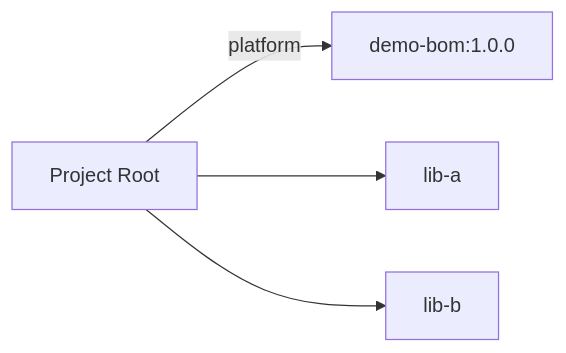
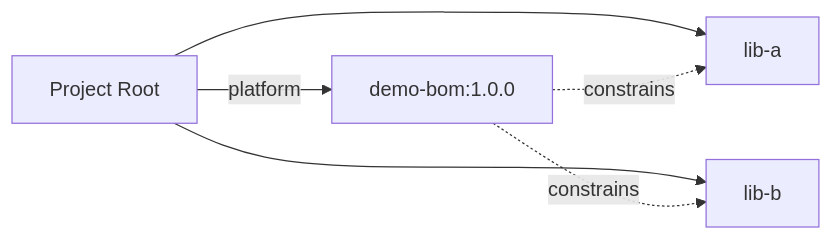
Before and after one commit to JavaDependencyHell/fieldguide: the diagram in demos/gradle-demo/scenario-3-mgmt/guide.qmd, drawn with Mermaid. The commit also changed other lines of this file and 208 other files, not shown here.

````diff
--- a/demos/gradle-demo/scenario-3-mgmt/guide.qmd
+++ b/demos/gradle-demo/scenario-3-mgmt/guide.qmd
@@ -20,7 +21,9 @@
 ```{mermaid}
 %%| fig-width: 4.4
 graph LR
     Root[Project Root] -- platform --> BOM[demo-bom:1.0.0]
     Root --> LibA[lib-a]
     Root --> LibB[lib-b]
+    BOM -. constrains .-> LibA
+    BOM -. constrains .-> LibB
 ```
````
